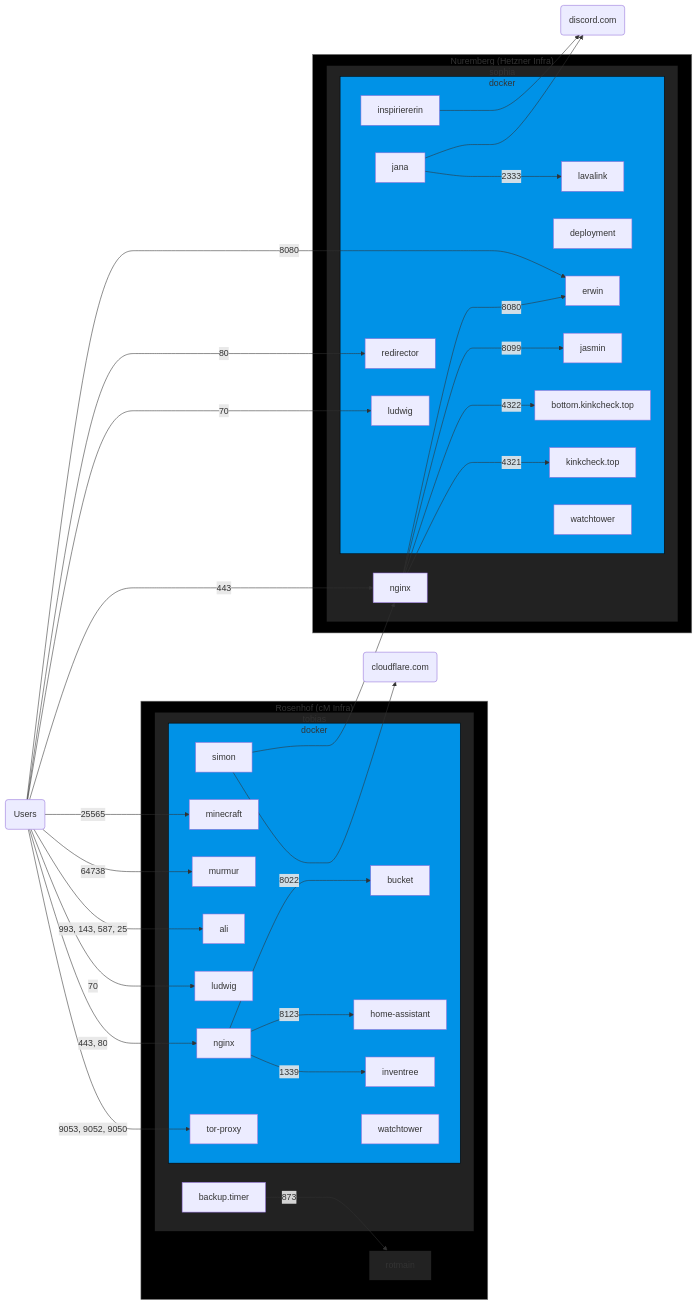
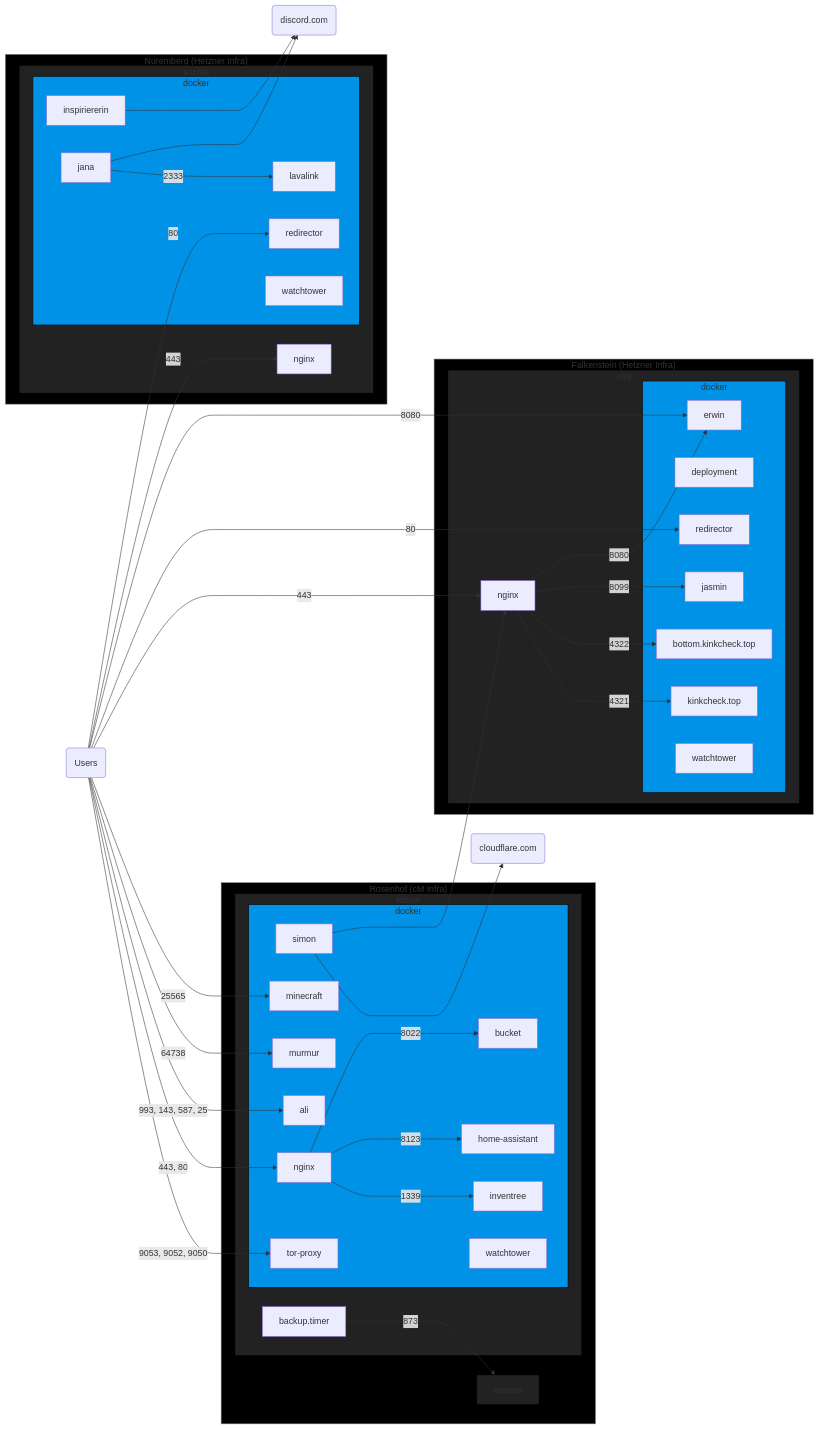
Before and after one commit to chrissxMedia/chrissx.de.conf.sh: the diagram in README.md, drawn with Mermaid. The commit also changed other lines of this file, not shown here.

Commit message:
infra: adjust to the current temporary state
ruby deployed, sophia half-removed

it isn't 100% correct but there are changes happening all the time

```diff
--- a/README.md
+++ b/README.md
@@ -18,7 +18,6 @@
       simon
       tor-proxy
       nginxop[nginx]
-      ludwigop[ludwig]
       ali
       murmur
       minecraft
@@ -35,41 +34,50 @@
   backup.timer -- 873 --> rotmain
 end
 
+subgraph falkenstein["Falkenstein (Hetzner Infra)"]
+  subgraph ruby
+    nginxruby[nginx]
+    subgraph dockerruby[docker]
+      redirector
+      deployment
+      kinkcheck.top
+      bottom.kinkcheck.top
+      jasmin
+      erwin
+      watchtowerruby[watchtower]
+    end
+    nginxruby -- 4321 --> kinkcheck.top
+    nginxruby -- 4322 --> bottom.kinkcheck.top
+    nginxruby -- 8099 --> jasmin
+    nginxruby -- 8080 --> erwin
+  end
+end
+
 subgraph nuremberg["Nuremberg (Hetzner Infra)"]
   subgraph sophia
     nginxsophia[nginx]
     subgraph dockersophia[docker]
       inspiriererin
       jana -- 2333 --> lavalink
-      ludwigsophia[ludwig]
-      redirector
-      deployment
-      kinkcheck.top
-      bottom.kinkcheck.top
-      jasmin
-      erwin
+      redirectorsophia[redirector]
       watchtowersophia[watchtower]
     end
-    nginxsophia -- 4321 --> kinkcheck.top
-    nginxsophia -- 4322 --> bottom.kinkcheck.top
-    nginxsophia -- 8099 --> jasmin
-    nginxsophia -- 8080 --> erwin
   end
 end
 
 cloudflare(cloudflare.com)
 simon --> cloudflare
-simon --> nginxsophia
+simon --> nginxruby
 
 internet(Users)
 internet -- "9053, 9052, 9050" --> tor-proxy
 internet -- "443, 80" --> nginxop[nginx]
-internet -- 70 --> ludwigop[ludwig]
 internet -- "993, 143, 587, 25" --> ali
 internet -- 64738 --> murmur
 internet -- 25565 --> minecraft
 internet -- 443 --> nginxsophia
-internet -- 70 --> ludwigsophia[ludwig]
+internet -- 443 --> nginxruby
+internet -- 80 --> redirectorsophia
 internet -- 80 --> redirector
 internet -- 8080 --> erwin
 discord(discord.com)
@@ -79,13 +87,16 @@
 classDef docker fill:#0092e7,stroke:#000
 class dockerop docker
 class dockersophia docker
+class dockerruby docker
 classDef location fill:#000,stroke:#808080
 class rosenhof location
 class nuremberg location
+class falkenstein location
 classDef server fill:#222,stroke:#000
 class tobias server
 class rotmain server
 class sophia server
+class ruby server
 
 click tor-proxy "https://github.com/pixelcmtd/docker-containers/tree/master/tor-proxy" _blank
 click ludwigop "https://github.com/chrissxMedia/chrissx.de.conf.sh/tree/master/ludwig" _blank
```
